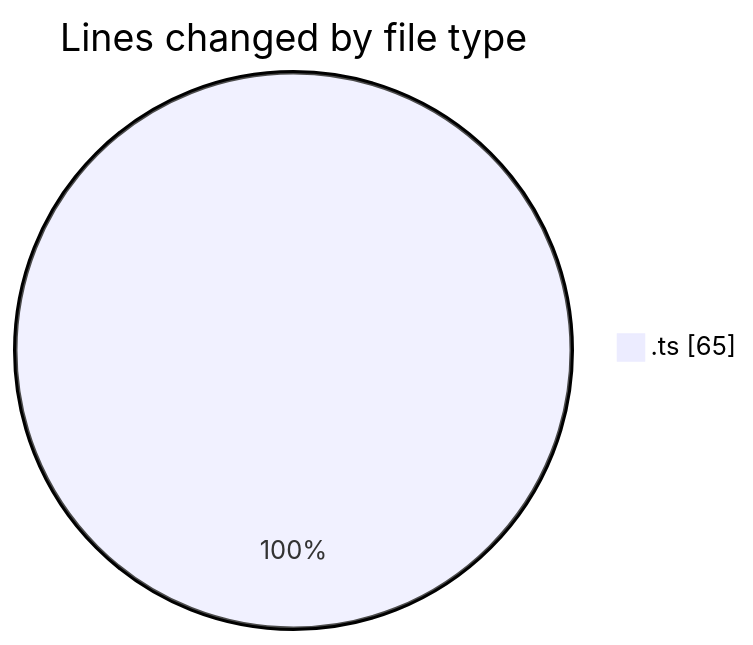
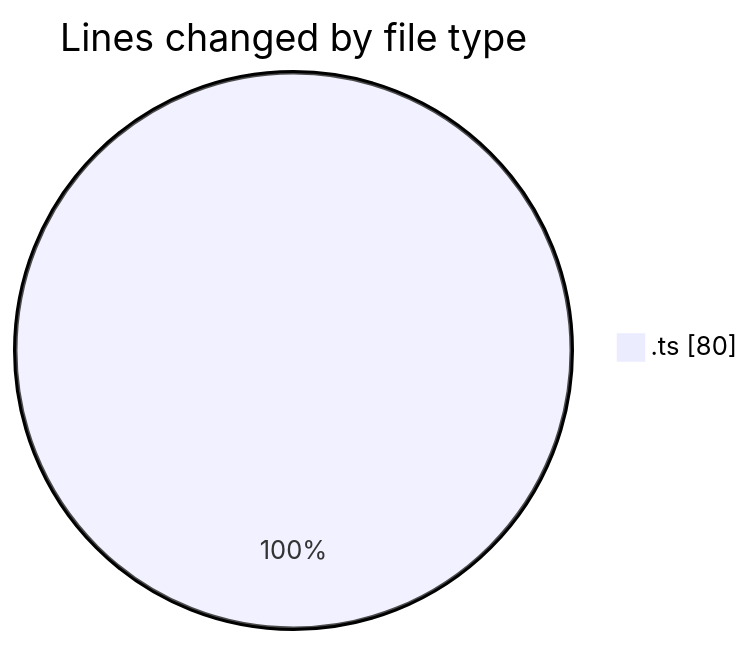
One commit to mevix1/code-tracking changed the first of 2 diagrams in 2025-10-01/oura-api/README.md. Above: the diagram before and after it, drawn with Mermaid. The commit also changed other lines of this file and 1 other file, not shown here.

````diff
--- a/2025-10-01/oura-api/README.md
+++ b/2025-10-01/oura-api/README.md
@@ -20,5 +20,5 @@
 ```mermaid
 pie showData
 title Lines changed by file type
-".ts" : 65
+".ts" : 80
 ```
````
